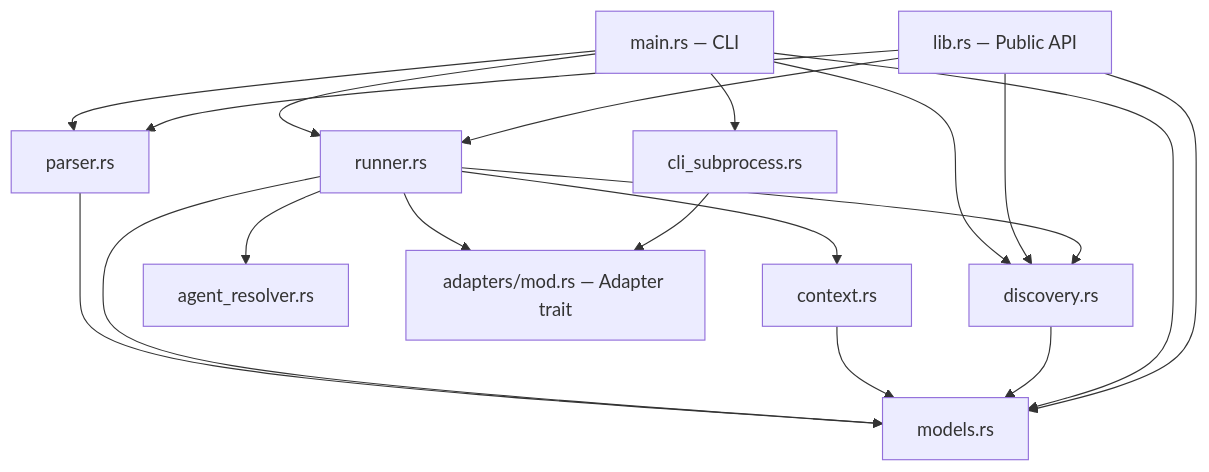
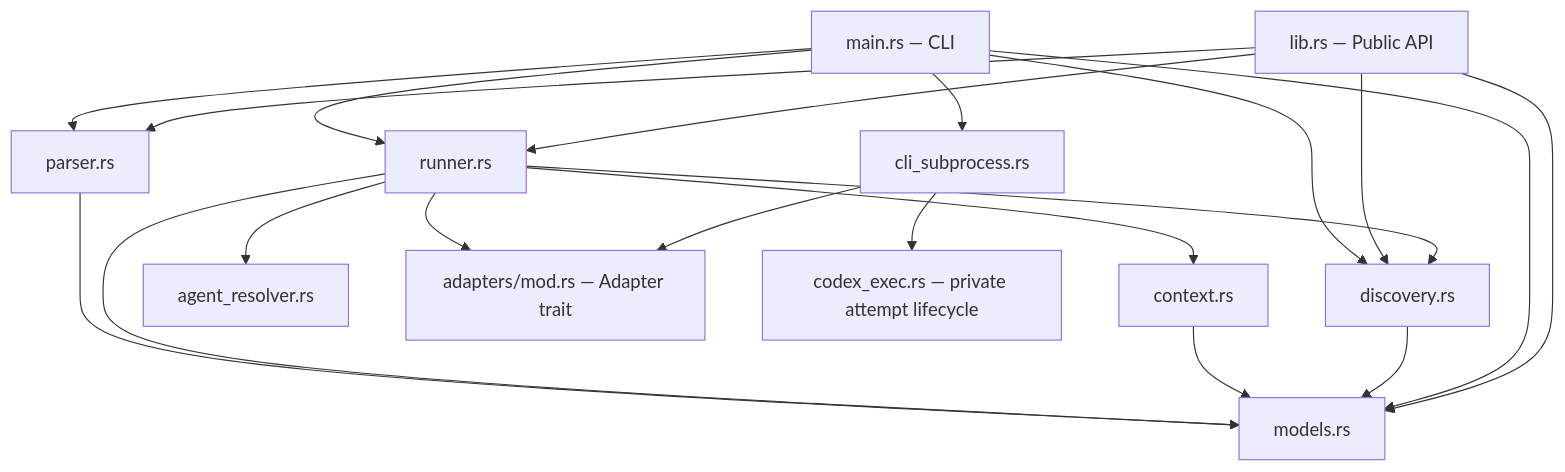
The diagram in docs/src/architecture.md (rysweet/amplihack-recipe-runner), drawn with Mermaid before and after one commit. The commit also changed other lines of this file and 17 other files, not shown here.

````diff
--- a/docs/src/architecture.md
+++ b/docs/src/architecture.md
@@ -31,25 +31,26 @@
 ```mermaid
 graph TD
     main[main.rs — CLI] --> parser[parser.rs]
     main --> runner[runner.rs]
     main --> discovery[discovery.rs]
     main --> cli_sub[cli_subprocess.rs]
 
     lib[lib.rs — Public API] --> parser
     lib --> runner
     lib --> discovery
 
     runner --> context[context.rs]
     runner --> agent_resolver[agent_resolver.rs]
     runner --> discovery
     runner --> adapters[adapters/mod.rs — Adapter trait]
 
     cli_sub --> adapters
+    cli_sub --> codex_exec[codex_exec.rs — private attempt lifecycle]
 
     parser --> models[models.rs]
     runner --> models
     context --> models
     discovery --> models
     main --> models
     lib --> models
 ```
````
